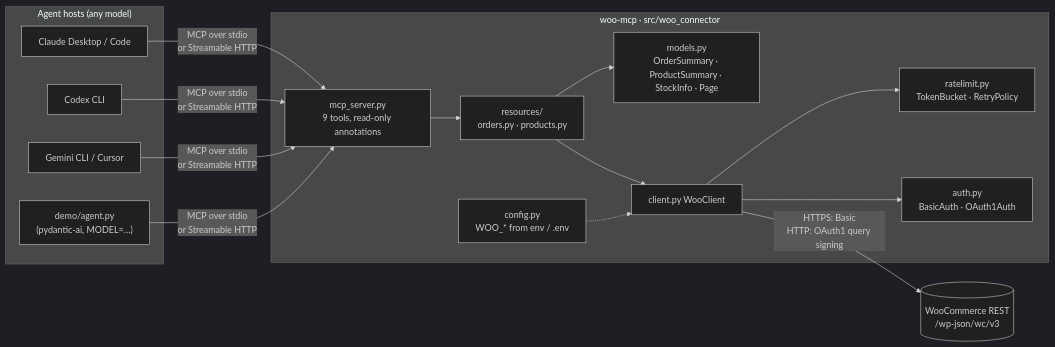
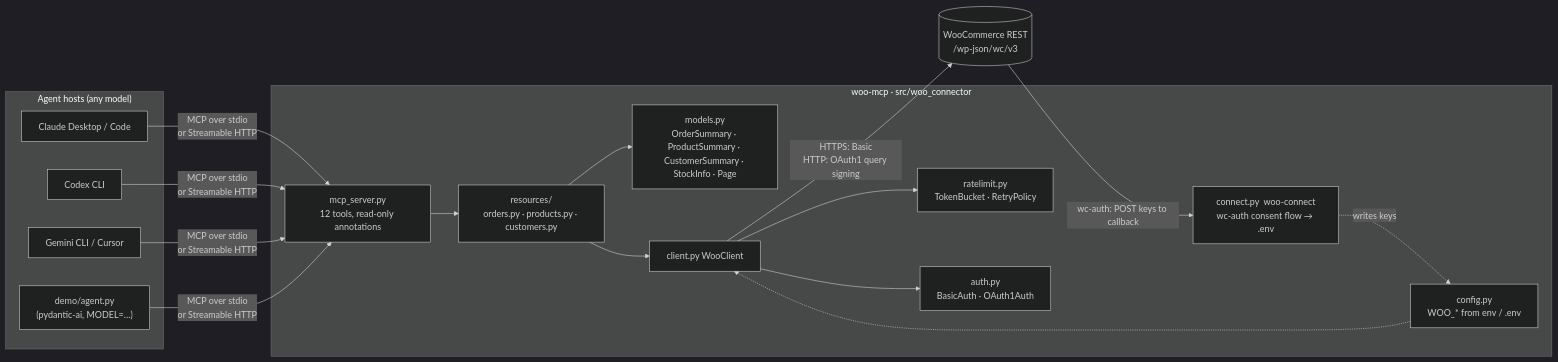
One commit to hr7657316/private-woo-connector changed the first of 5 diagrams in README.md. Above: the diagram before and after it, drawn with Mermaid (dark theme). The commit also changed other lines of this file and 32 other files, not shown here.

Commit message:
Evals + injection canary, wc-auth consent flow (woo-connect), customers tools, call budget + structured logs, CI, hosted deploy (Railway Dockerfiles, bearer-auth HTTP mode)

````diff
--- a/README.md
+++ b/README.md
@@ -40,30 +45,33 @@
 ```mermaid
 flowchart LR
     subgraph hosts["Agent hosts (any model)"]
         CD[Claude Desktop / Code]
         CX[Codex CLI]
         GM[Gemini CLI / Cursor]
         AG["demo/agent.py<br/>(pydantic-ai, MODEL=…)"]
     end
 
     subgraph server["woo-mcp  ·  src/woo_connector"]
-        MCP["mcp_server.py<br/>9 tools, read-only annotations"]
-        RES["resources/<br/>orders.py · products.py"]
-        MOD["models.py<br/>OrderSummary · ProductSummary · StockInfo · Page"]
+        MCP["mcp_server.py<br/>12 tools, read-only annotations"]
+        RES["resources/<br/>orders.py · products.py · customers.py"]
+        MOD["models.py<br/>OrderSummary · ProductSummary · CustomerSummary · StockInfo · Page"]
         CLI["client.py  WooClient"]
         RL["ratelimit.py<br/>TokenBucket · RetryPolicy"]
         AU["auth.py<br/>BasicAuth · OAuth1Auth"]
         CFG["config.py<br/>WOO_* from env / .env"]
+        CON["connect.py  woo-connect<br/>wc-auth consent flow → .env"]
     end
 
     WC[("WooCommerce REST<br/>/wp-json/wc/v3")]
 
     CD & CX & GM & AG -- "MCP over stdio<br/>or Streamable HTTP" --> MCP
     MCP --> RES
     RES --> MOD
     RES --> CLI
     CLI --> RL
     CLI --> AU
     CFG -.-> CLI
+    CON -. "writes keys" .-> CFG
     CLI -- "HTTPS: Basic<br/>HTTP: OAuth1 query signing" --> WC
+    WC -- "wc-auth: POST keys to callback" --> CON
 ```
````
